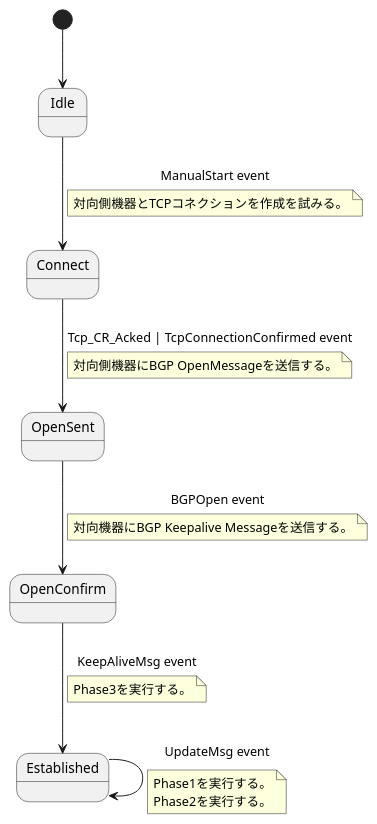
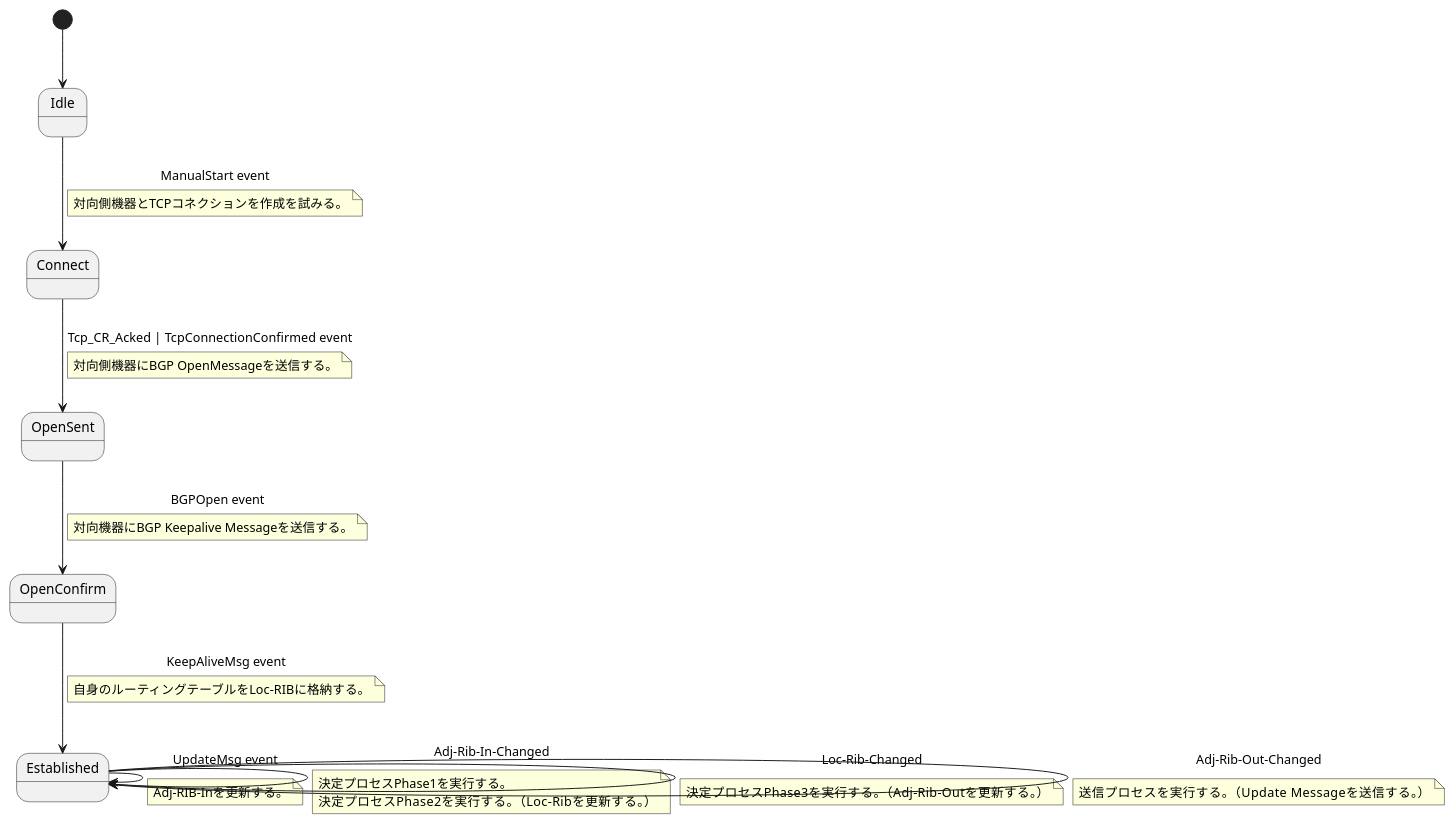
The fourth of 4 diagrams in howtocreatebgpd.adoc (Miyoshi-Ryota/how-to-create-bgp), drawn with PlantUML before and after one commit. The commit also changed other lines of this file and 3 other files, not shown here.

```diff
--- a/howtocreatebgpd.adoc
+++ b/howtocreatebgpd.adoc
@@ -2632,37 +2660,52 @@
 [plantuml,title="Update Messageの送信プロセス"]
 ----
 @startuml
 
 state Idle
 state Connect
 state OpenConfirm
 state OpenSent
 state Established
 
 [*] --> Idle
 Idle --> Connect : ManualStart event
 note on link
    対向側機器とTCPコネクションを作成を試みる。
 end note
 Connect --> OpenSent : Tcp_CR_Acked | TcpConnectionConfirmed event
 note on link
    対向側機器にBGP OpenMessageを送信する。
 end note
 OpenSent --> OpenConfirm : BGPOpen event
 note on link
     対向機器にBGP Keepalive Messageを送信する。
 end note
 OpenConfirm --> Established : KeepAliveMsg event
 note on link
-Phase3を実行する。
+自身のルーティングテーブルをLoc-RIBに格納する。
 end note
 
 Established --> Established : UpdateMsg event
 note on link
-Phase1を実行する。
-Phase2を実行する。
+Adj-RIB-Inを更新する。
+end note
+
+Established --> Established : Adj-Rib-In-Changed
+note on link
+決定プロセスPhase1を実行する。
+決定プロセスPhase2を実行する。（Loc-Ribを更新する。）
+end note
+
+Established --> Established : Loc-Rib-Changed
+note on link
+決定プロセスPhase3を実行する。（Adj-Rib-Outを更新する。）
+end note
+
+Established --> Established : Adj-Rib-Out-Changed
+note on link
+送信プロセスを実行する。（Update Messageを送信する。）
 end note
 
 
 @enduml
 ----
```
